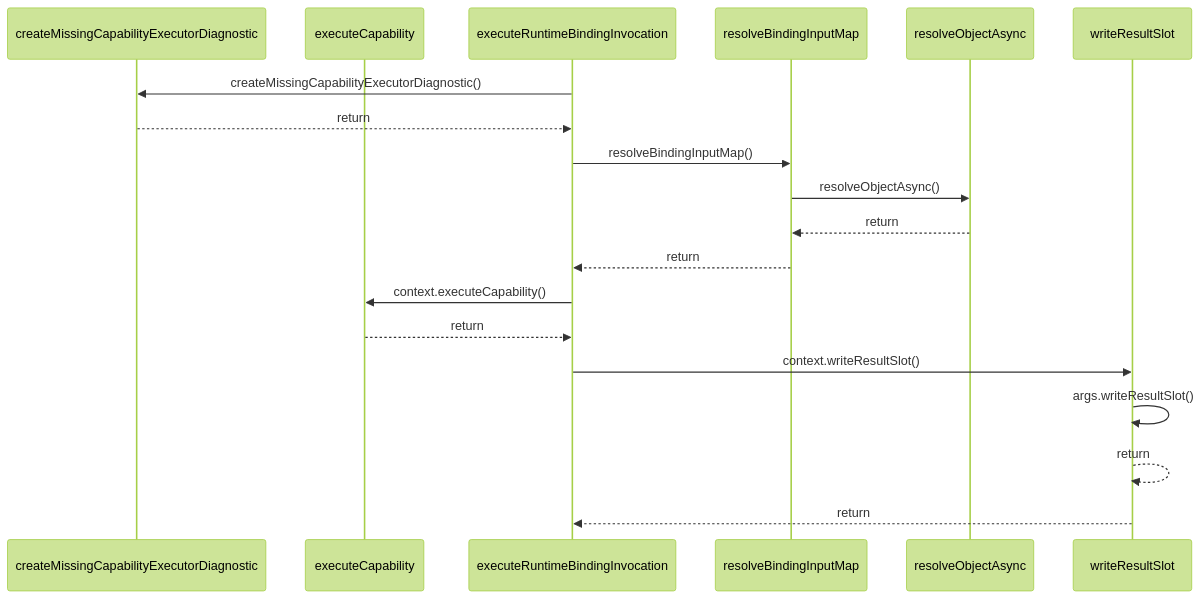
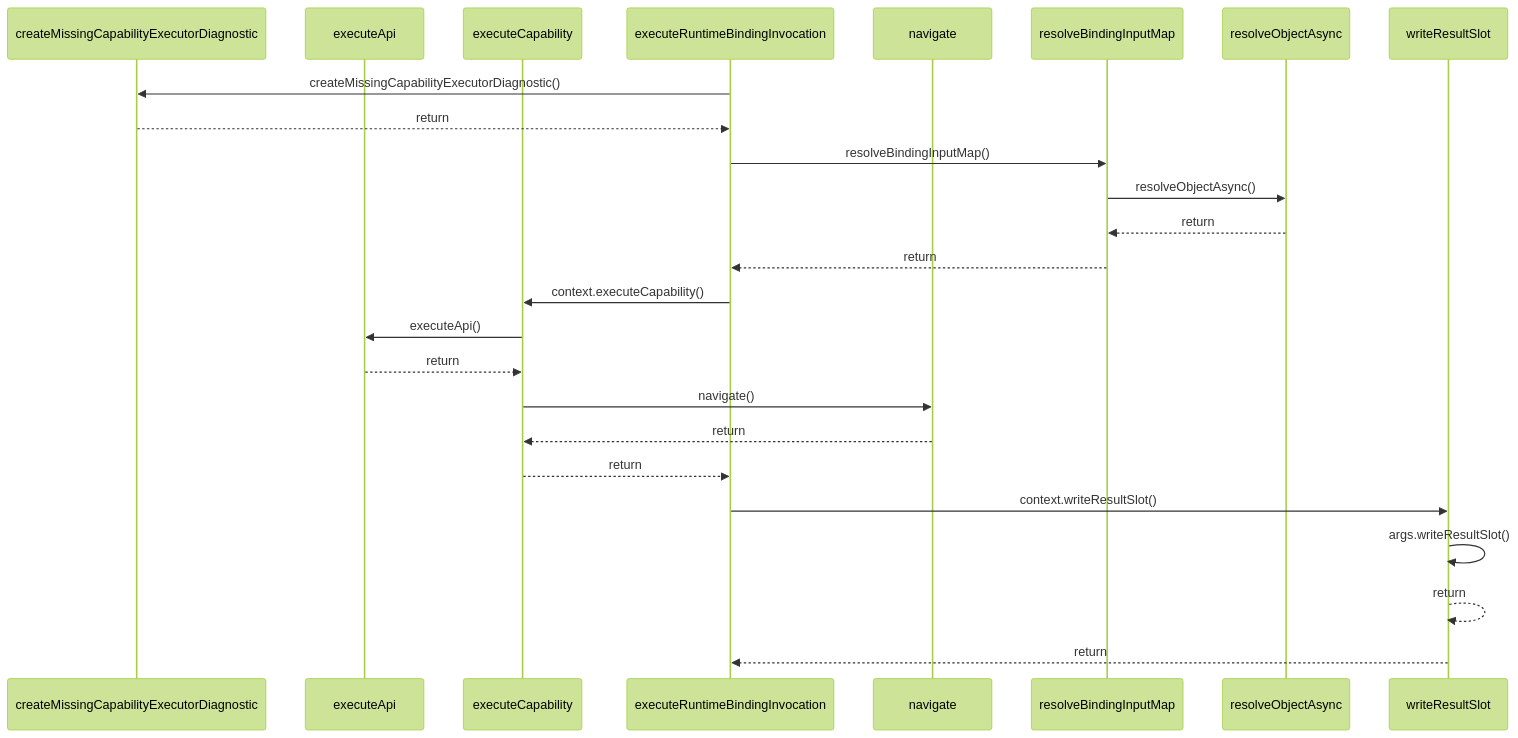
Before and after one commit to ankhorage/runtime: the diagram in paradox/diagrams/sequences/execute-runtime-binding-invocation.mmd, drawn with Mermaid (forest theme). The commit also changed 12 other files, not shown here.

```diff
--- a/paradox/diagrams/sequences/execute-runtime-binding-invocation.mmd
+++ b/paradox/diagrams/sequences/execute-runtime-binding-invocation.mmd
@@ -1,19 +1,25 @@
 sequenceDiagram
   participant participant_createMissingCapabilityExecutorDiagnostic as createMissingCapabilityExecutorDiagnostic
+  participant participant_executeApi as executeApi
   participant participant_executeCapability as executeCapability
   participant participant_executeRuntimeBindingInvocation as executeRuntimeBindingInvocation
+  participant participant_navigate as navigate
   participant participant_resolveBindingInputMap as resolveBindingInputMap
   participant participant_resolveObjectAsync as resolveObjectAsync
   participant participant_writeResultSlot as writeResultSlot
   participant_executeRuntimeBindingInvocation->>participant_createMissingCapabilityExecutorDiagnostic: createMissingCapabilityExecutorDiagnostic()
   participant_createMissingCapabilityExecutorDiagnostic-->>participant_executeRuntimeBindingInvocation: return
   participant_executeRuntimeBindingInvocation->>participant_resolveBindingInputMap: resolveBindingInputMap()
   participant_resolveBindingInputMap->>participant_resolveObjectAsync: resolveObjectAsync()
   participant_resolveObjectAsync-->>participant_resolveBindingInputMap: return
   participant_resolveBindingInputMap-->>participant_executeRuntimeBindingInvocation: return
   participant_executeRuntimeBindingInvocation->>participant_executeCapability: context.executeCapability()
+  participant_executeCapability->>participant_executeApi: executeApi()
+  participant_executeApi-->>participant_executeCapability: return
+  participant_executeCapability->>participant_navigate: navigate()
+  participant_navigate-->>participant_executeCapability: return
   participant_executeCapability-->>participant_executeRuntimeBindingInvocation: return
   participant_executeRuntimeBindingInvocation->>participant_writeResultSlot: context.writeResultSlot()
   participant_writeResultSlot->>participant_writeResultSlot: args.writeResultSlot()
   participant_writeResultSlot-->>participant_writeResultSlot: return
   participant_writeResultSlot-->>participant_executeRuntimeBindingInvocation: return
```
